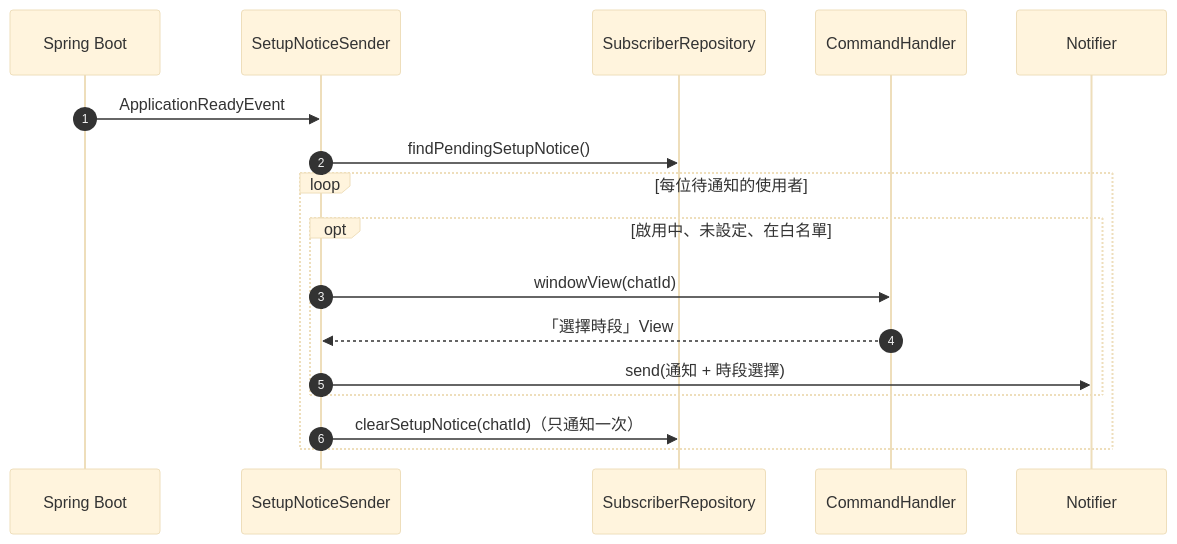
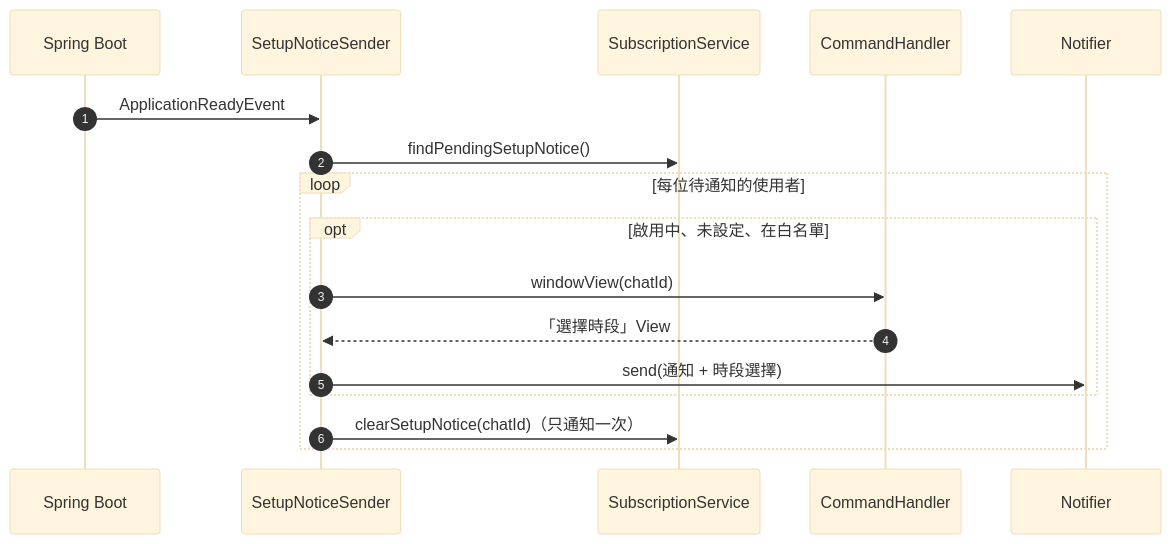
Before and after one commit to enochctcg/stock-bot-2: the fifth of 6 diagrams in docs/flow.md, drawn with Mermaid (base theme). The commit also changed other lines of this file and 78 other files, not shown here.

````diff
--- a/docs/flow.md
+++ b/docs/flow.md
@@ -193,20 +208,20 @@
 ```mermaid
 sequenceDiagram
     autonumber
     participant B as Spring Boot
     participant S as SetupNoticeSender
-    participant R as SubscriberRepository
+    participant R as SubscriptionService
     participant H as CommandHandler
     participant N as Notifier
 
     B->>S: ApplicationReadyEvent
     S->>R: findPendingSetupNotice()
     loop 每位待通知的使用者
         opt 啟用中、未設定、在白名單
             S->>H: windowView(chatId)
             H-->>S: 「選擇時段」View
             S->>N: send(通知 + 時段選擇)
         end
         S->>R: clearSetupNotice(chatId)（只通知一次）
     end
 ```
````
